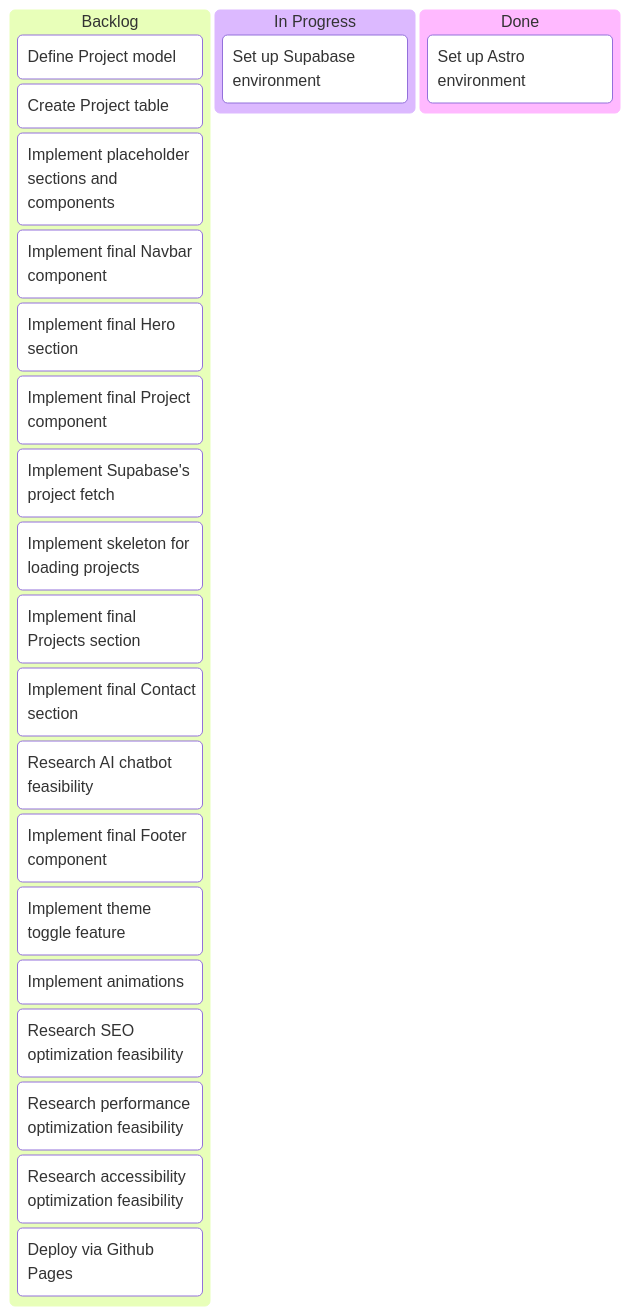
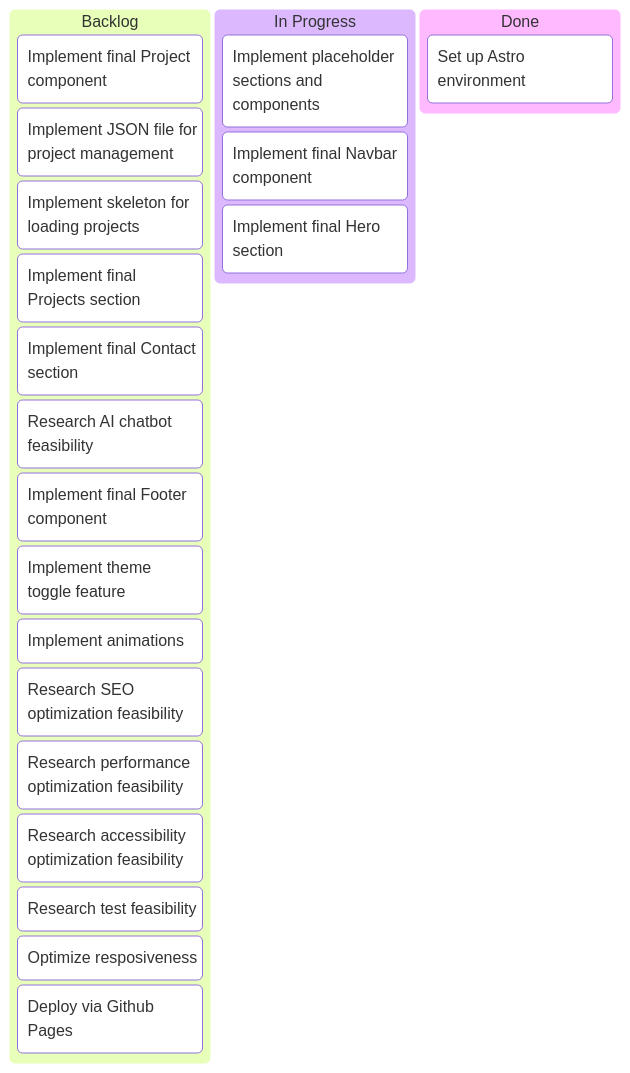
Before and after one commit to CantarinoG/portfolio: the diagram in docs/kanban.md, drawn with Mermaid.

Commit message:
docs: update kanban, switch to JSON for project management

````diff
--- a/docs/kanban.md
+++ b/docs/kanban.md
@@ -1,26 +1,25 @@
 ```mermaid
 kanban
   stage1[Backlog]
-    card3[Define Project model]
-    card4[Create Project table]
-    card5[Implement placeholder sections and components]
-    card6[Implement final Navbar component]
-    card7[Implement final Hero section]
     card8[Implement final Project component]
-    card9[Implement Supabase's project fetch]
+    card22[Implement JSON file for project management]
     card10[Implement skeleton for loading projects]
     card11[Implement final Projects section]
     card12[Implement final Contact section]
     card13[Research AI chatbot feasibility]
     card14[Implement final Footer component]
     card15[Implement theme toggle feature]
     card16[Implement animations]
     card17[Research SEO optimization feasibility]
     card18[Research performance optimization feasibility]
     card19[Research accessibility optimization feasibility]
+    card21[Research test feasibility]
+    card23[Optimize resposiveness]
     card20[Deploy via Github Pages]
   stage2[In Progress]
-    card2[Set up Supabase environment]
+    card5[Implement placeholder sections and components]
+    card6[Implement final Navbar component]
+    card7[Implement final Hero section]
   stage3[Done]
     card1[Set up Astro environment]
 ```
````
